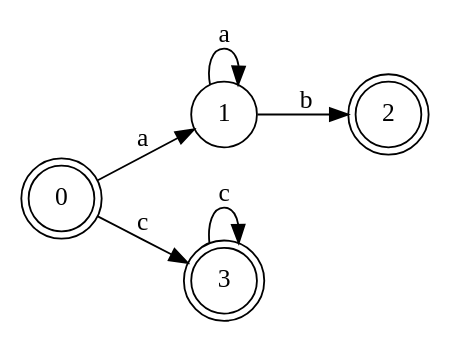
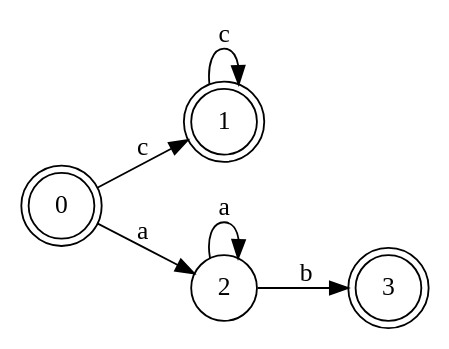
The diagram in out/DFA_regex1.DOT (Jose-Merida-UVG/Compilers-1-CC3071), drawn with Graphviz before and after one commit. The commit also changed 16 other files, not shown here.

```diff
--- a/out/DFA_regex1.DOT
+++ b/out/DFA_regex1.DOT
@@ -1,13 +1,13 @@
 digraph "graph" {
 	rankdir=LR size = "8,5"
 	node[shape=circle]
 	1 [label=0][shape=doublecircle]
-	2 [label=1]
+	3 [label=1][shape=doublecircle]
+	3 -> 3 [label="c"]
+	1 -> 3 [label="c"]
+	2 [label=2]
 	2 -> 2 [label="a"]
-	4 [label=2][shape=doublecircle]
+	4 [label=3][shape=doublecircle]
 	2 -> 4 [label="b"]
 	1 -> 2 [label="a"]
-	3 [label=3][shape=doublecircle]
-	3 -> 3 [label="c"]
-	1 -> 3 [label="c"]
 }
```
